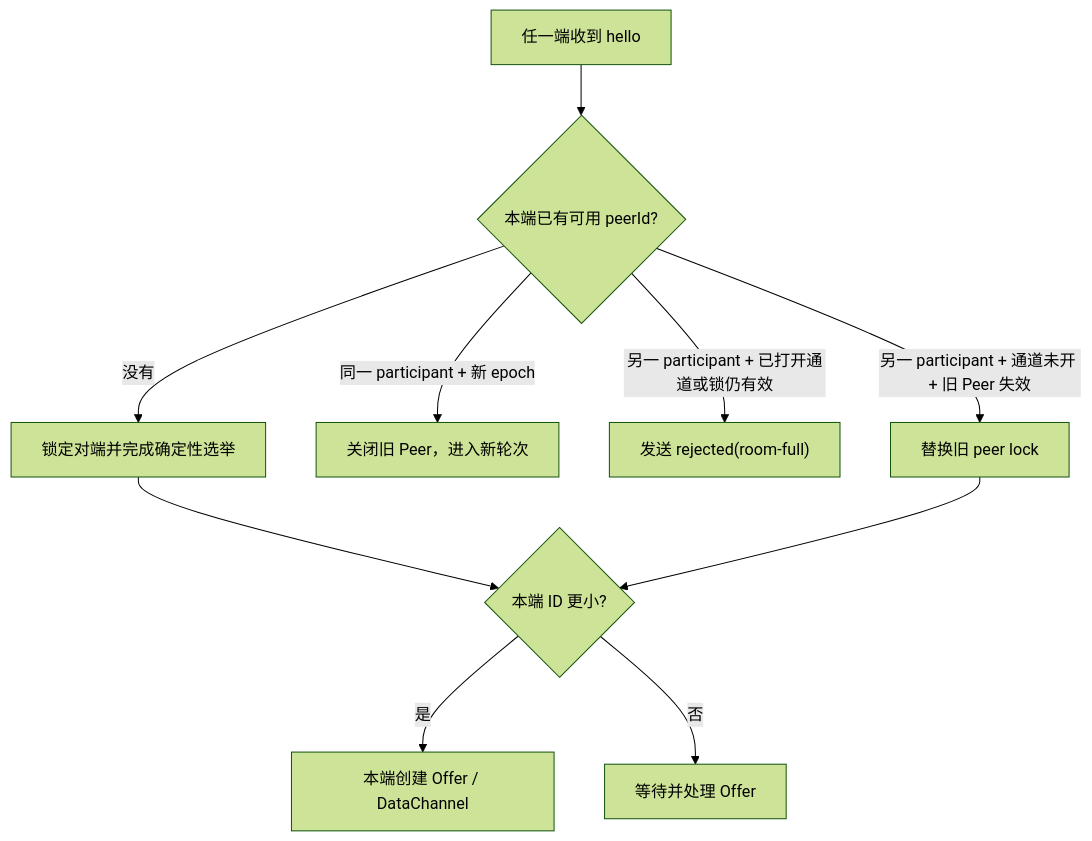
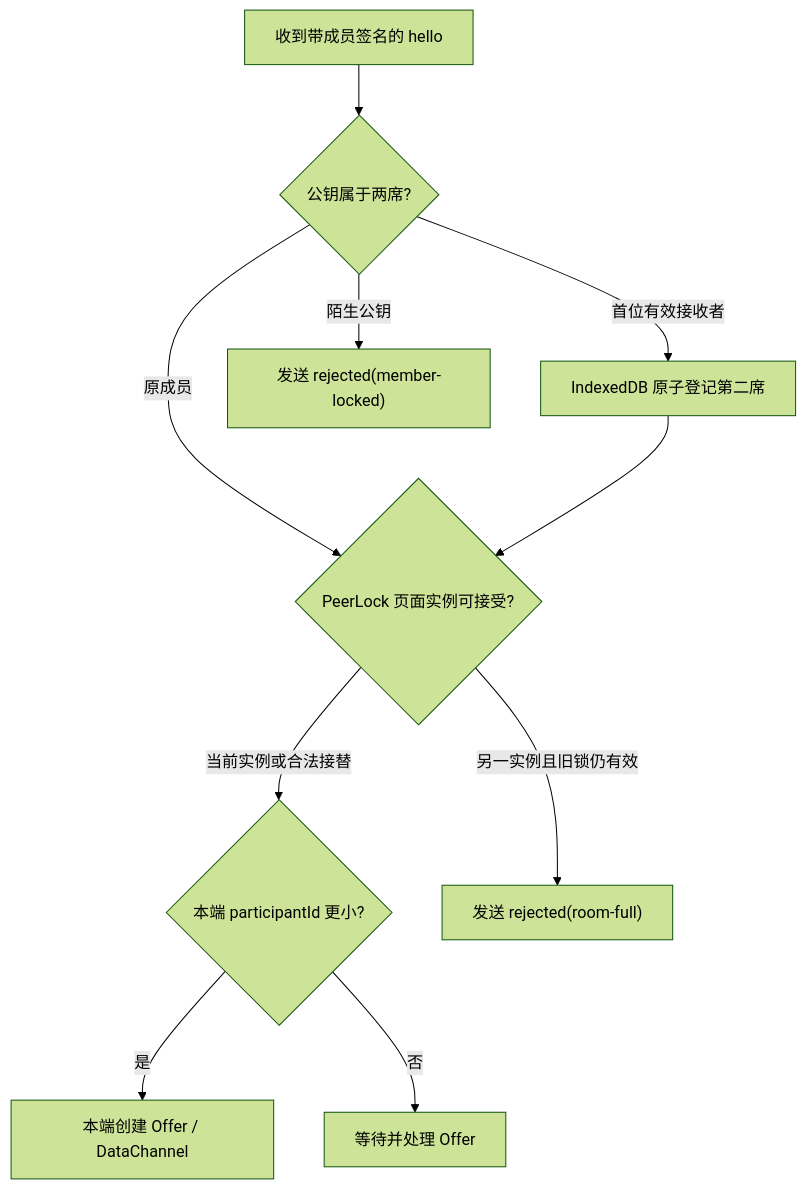
The sixth of 7 diagrams in docs/field-guide.md (MarcWebber/p2p-chat), drawn with Mermaid (forest theme) before and after one commit. The commit also changed other lines of this file and 30 other files, not shown here.

Commit message:
feat: lock room members and expand chat interactions

````diff
--- a/docs/field-guide.md
+++ b/docs/field-guide.md
@@ -222,12 +225,12 @@
 ```mermaid
 flowchart TD
-  HELLO["任一端收到 hello"] --> LOCK{"本端已有可用 peerId?"}
-  LOCK -->|"没有"| ACCEPT["锁定对端并完成确定性选举"]
-  LOCK -->|"同一 participant + 新 epoch"| RESUME["关闭旧 Peer，进入新轮次"]
-  LOCK -->|"另一 participant + 已打开通道或锁仍有效"| REJECT["发送 rejected(room-full)"]
-  LOCK -->|"另一 participant + 通道未开 + 旧 Peer 失效"| REPLACE["替换旧 peer lock"]
-  ACCEPT --> ELECT{"本端 ID 更小?"}
-  REPLACE --> ELECT
+  HELLO["收到带成员签名的 hello"] --> MEMBER{"公钥属于两席?"}
+  MEMBER -->|"首位有效接收者"| CLAIM["IndexedDB 原子登记第二席"]
+  MEMBER -->|"陌生公钥"| REJECT["发送 rejected(member-locked)"]
+  MEMBER -->|"原成员"| LOCK{"PeerLock 页面实例可接受?"}
+  CLAIM --> LOCK
+  LOCK -->|"当前实例或合法接替"| ELECT{"本端 participantId 更小?"}
+  LOCK -->|"另一实例且旧锁仍有效"| BUSY["发送 rejected(room-full)"]
   ELECT -->|"是"| OFFER["本端创建 Offer / DataChannel"]
   ELECT -->|"否"| ANSWER["等待并处理 Offer"]
 ```
````
